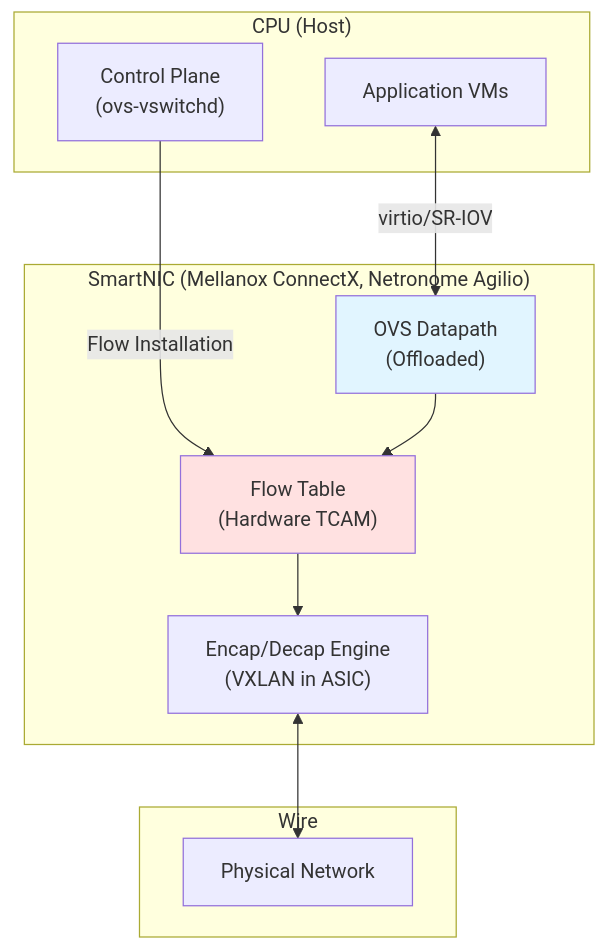
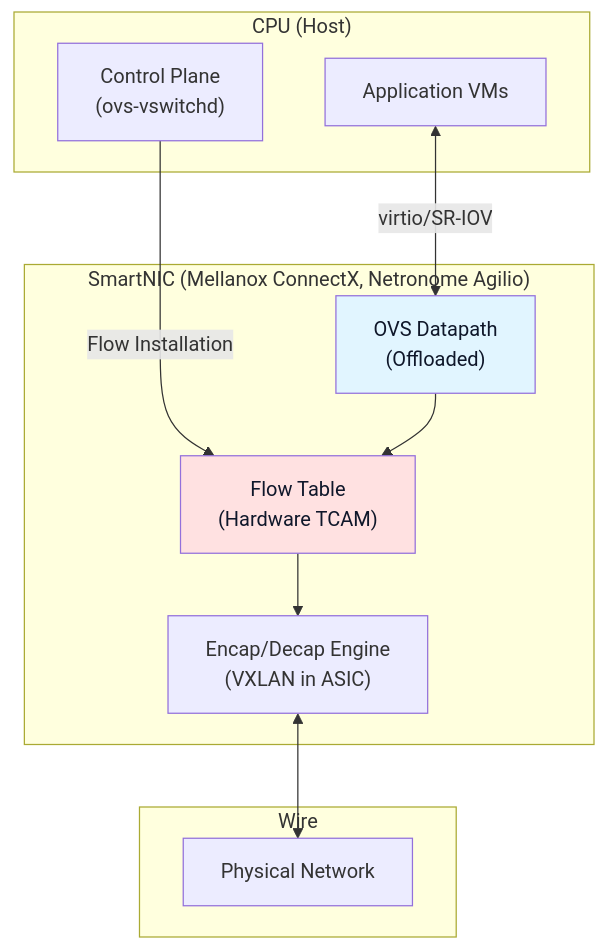
The fifth of 8 diagrams in topics/computing/infrastructure/hyperconverged_infrastructure/lesson_04_network_virtualization.md (blebleblee/synapse), drawn with Mermaid before and after one commit. The commit also changed other lines of this file and 1464 other files, not shown here.

Commit message:
feat(release): curriculum vector mermaid upgrade, render hardening, and master synpack

````diff
--- a/topics/computing/infrastructure/hyperconverged_infrastructure/lesson_04_network_virtualization.md
+++ b/topics/computing/infrastructure/hyperconverged_infrastructure/lesson_04_network_virtualization.md
@@ -394,26 +394,26 @@
 ```mermaid
 graph TB
     subgraph sub_cpu__host ["CPU (Host)"]
         A["Application VMs"]
         B["Control Plane<br/>(ovs-vswitchd)"]
     end
     
     subgraph sub_smartnic__mellanox_connectx__net ["SmartNIC (Mellanox ConnectX, Netronome Agilio)"]
         C["OVS Datapath<br/>(Offloaded)"]
         D["Flow Table<br/>(Hardware TCAM)"]
         E["Encap/Decap Engine<br/>(VXLAN in ASIC)"]
     end
     
     subgraph sub_wire ["Wire"]
         F["Physical Network"]
     end
     
     A <-->|"virtio/SR-IOV"| C
     B -->|"Flow Installation"| D
     C --> D
     D --> E
     E <--> F
     
-    style C fill:#e1f5ff
-    style D fill:#ffe1e1
+    style C fill:#e1f5ff,color:#0f172a
+    style D fill:#ffe1e1,color:#0f172a
 ```
````
